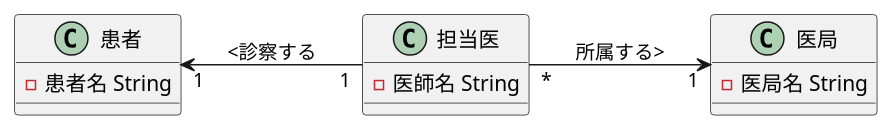
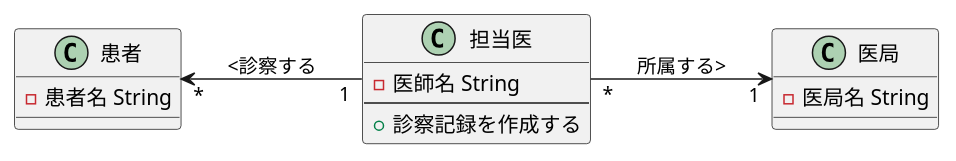
The diagram in 演習3-2_CL_医師と患者と医局と診療記録.pu (kenkensan/uml-introduction), drawn with PlantUML before and after one commit.

Commit message:
3-2の修正

```diff
--- a/演習3-2_CL_医師と患者と医局と診療記録.pu
+++ b/演習3-2_CL_医師と患者と医局と診療記録.pu
@@ -1,14 +1,16 @@
 @startuml 3-2
 left to right direction
 class 患者{
 -患者名 String
 }
 class 担当医{
 -医師名 String
+---
++診察記録を作成する
 }
 class 医局{
 -医局名 String
 }
 担当医"*"-->"1" 医局:所属する>
-患者 "1"<--"1" 担当医:<診察する
+患者 "*"<--"1" 担当医:<診察する
 @enduml
```
